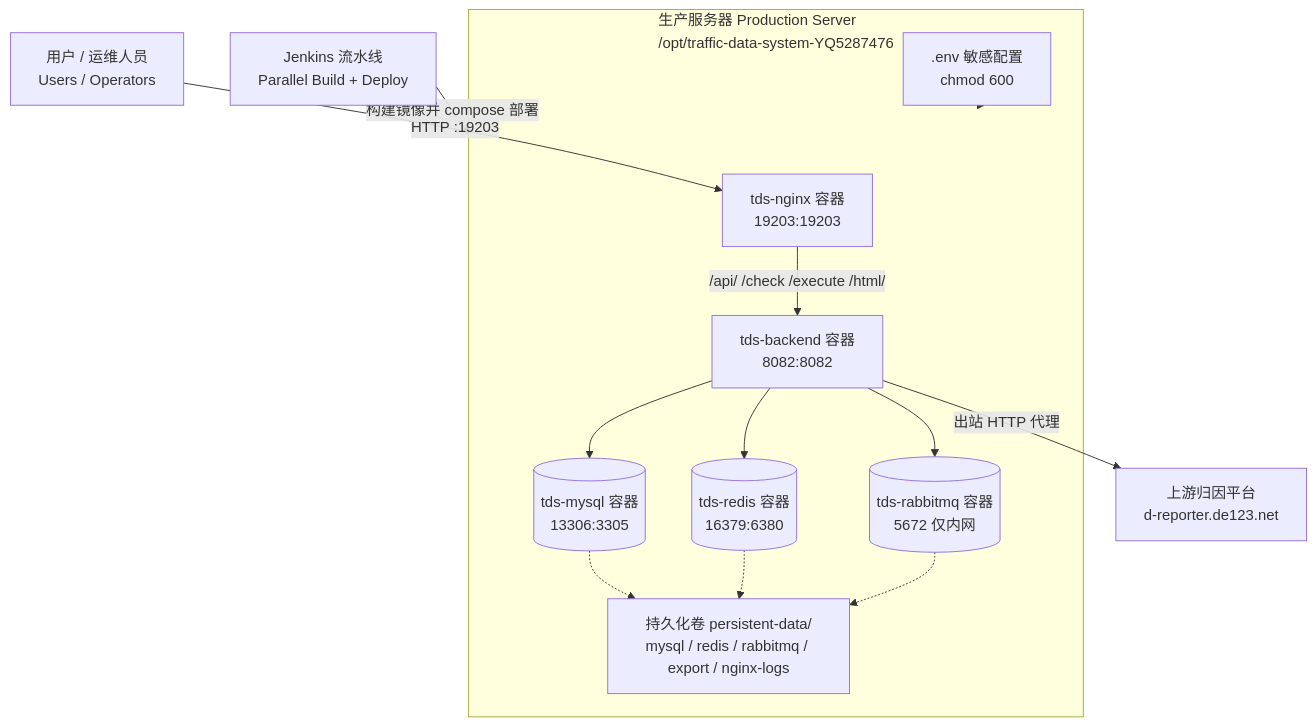
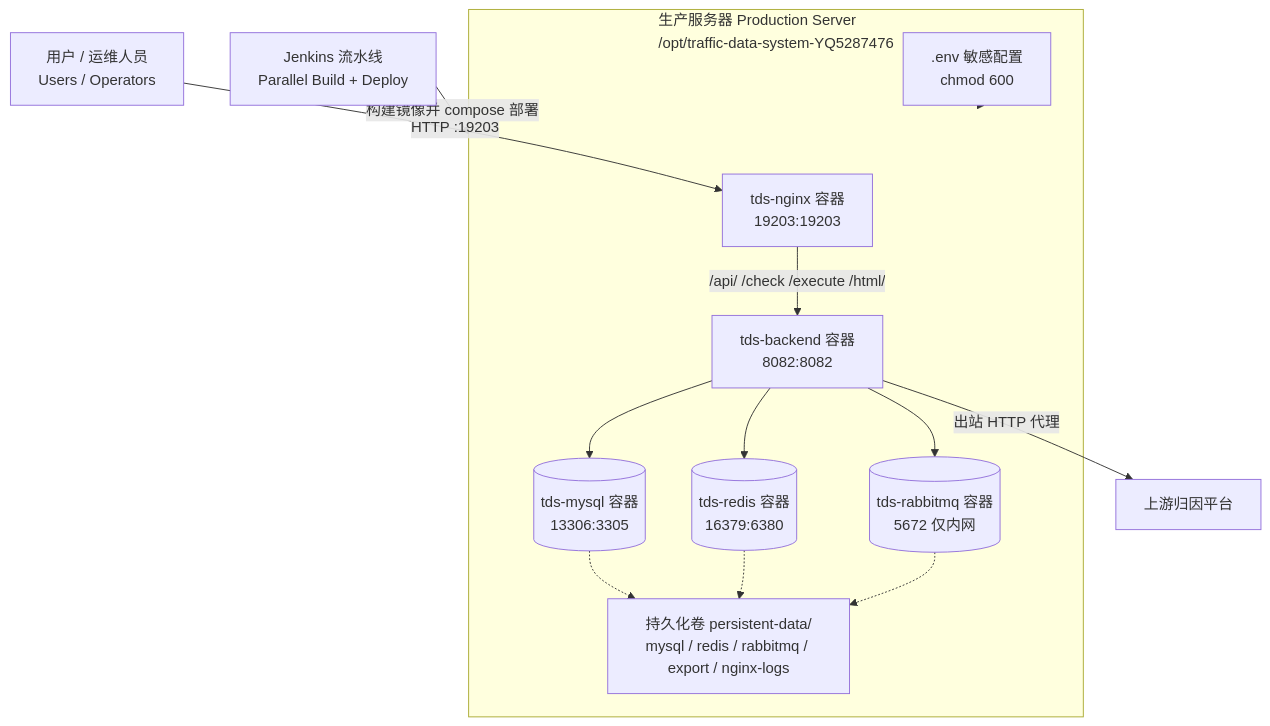
One commit to MacawParrot-g/data-traffic-system-YQ5287476 changed the third of 6 diagrams in README.md. Above: the diagram before and after it, drawn with Mermaid. The commit also changed other lines of this file and 4 other files, not shown here.

````diff
--- a/README.md
+++ b/README.md
@@ -180,26 +194,26 @@
 ```mermaid
 graph TB
     User["用户 / 运维人员<br/>Users / Operators"] -->|"HTTP :19203"| NGX
 
     JENKINS["Jenkins 流水线<br/>Parallel Build + Deploy"] -->|"构建镜像并 compose 部署"| HOST
 
     subgraph HOST["生产服务器 Production Server<br/>/opt/traffic-data-system-YQ5287476"]
         NGX["tds-nginx 容器<br/>19203:19203"]
         BE["tds-backend 容器<br/>8082:8082"]
         DB[("tds-mysql 容器<br/>13306:3305")]
         RD[("tds-redis 容器<br/>16379:6380")]
         MQ[("tds-rabbitmq 容器<br/>5672 仅内网")]
         VOL["持久化卷 persistent-data/<br/>mysql / redis / rabbitmq / export / nginx-logs"]
         ENV[".env 敏感配置<br/>chmod 600"]
     end
 
     NGX -->|"/api/ /check /execute /html/"| BE
     BE --> DB
     BE --> RD
     BE --> MQ
     DB -.-> VOL
     RD -.-> VOL
     MQ -.-> VOL
     ENV -.-> HOST
-    BE -->|"出站 HTTP 代理"| UP["上游归因平台<br/>d-reporter.de123.net"]
+    BE -->|"出站 HTTP 代理"| UP["上游归因平台"]
 ```
````
